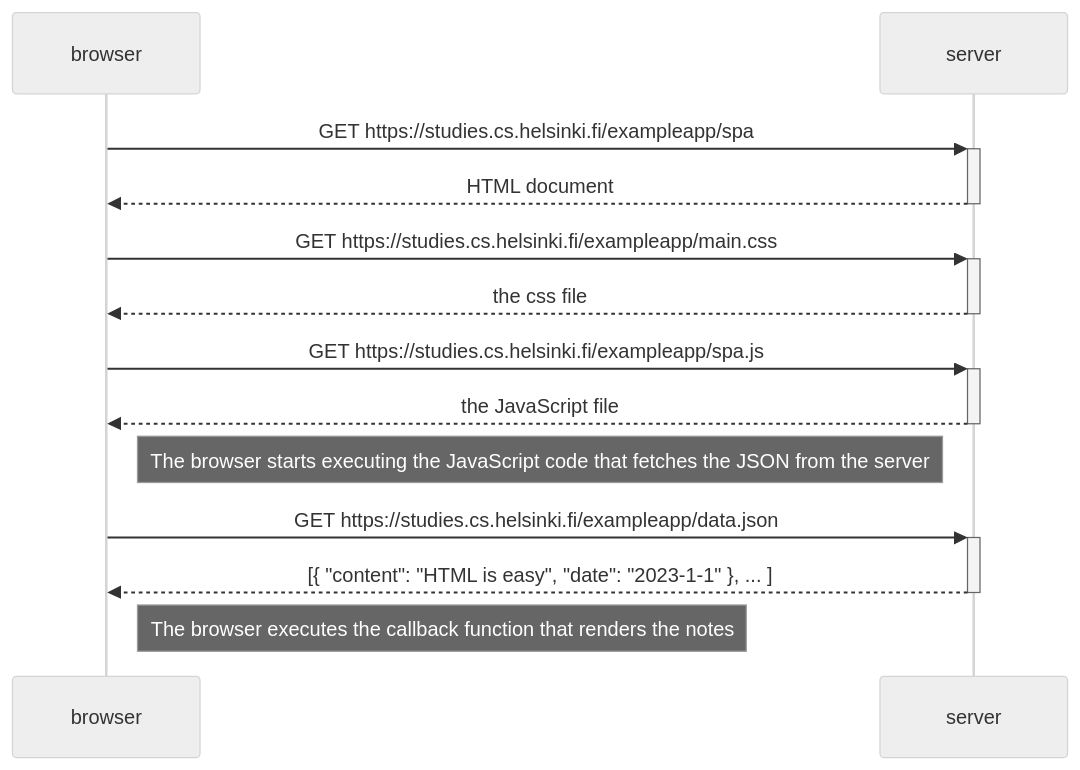
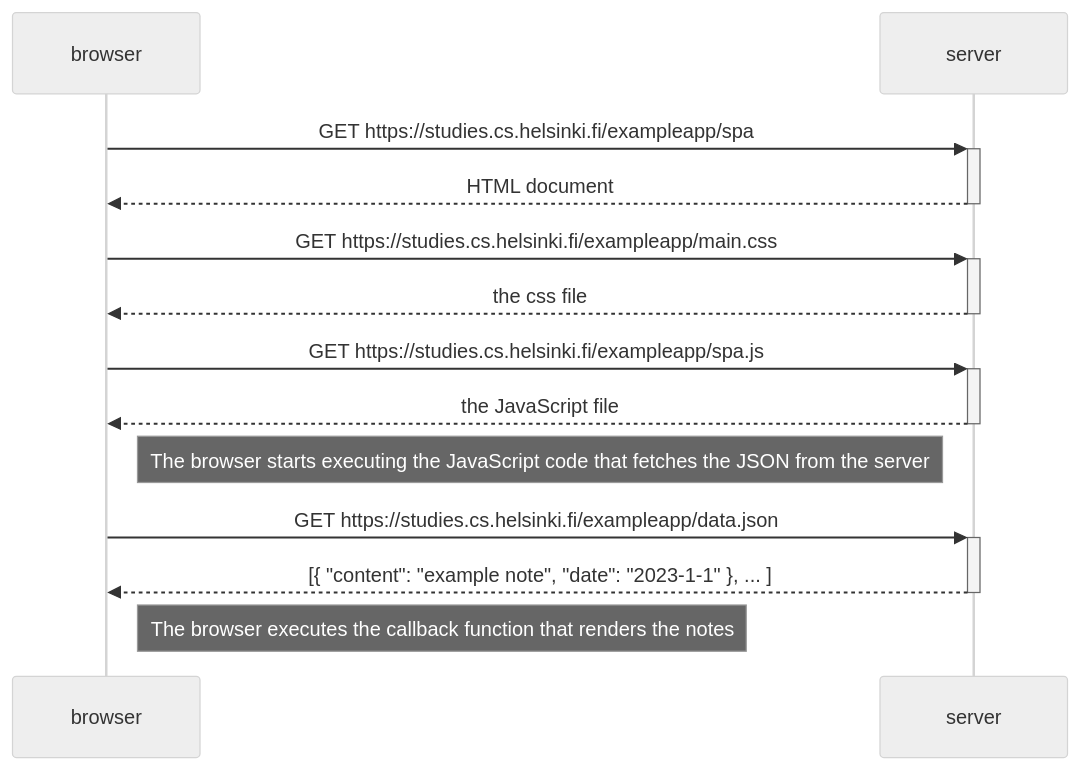
Before and after one commit to vapppu/Fullstackopen: the diagram in Luku 0/0.5-Single-page-app-diagram.md, drawn with Mermaid (neutral theme). The commit also changed 1 other file, not shown here.

Commit message:
Change example json data to both 0.4 and 0.5 files

````diff
--- a/Luku 0/0.5-Single-page-app-diagram.md
+++ b/Luku 0/0.5-Single-page-app-diagram.md
@@ -1,25 +1,25 @@
 ```mermaid
 sequenceDiagram
 participant browser
 participant server
 
     browser->>+server: GET https://studies.cs.helsinki.fi/exampleapp/spa
 
     server-->>-browser: HTML document
 
     browser->>+server: GET https://studies.cs.helsinki.fi/exampleapp/main.css
 
     server-->>-browser: the css file
 
     browser->>+server: GET https://studies.cs.helsinki.fi/exampleapp/spa.js
 
     server-->>-browser: the JavaScript file
 
     Note right of browser: The browser starts executing the JavaScript code that fetches the JSON from the server
 
     browser->>+server: GET https://studies.cs.helsinki.fi/exampleapp/data.json
 
-    server-->>-browser: [{ "content": "HTML is easy", "date": "2023-1-1" }, ... ]
+    server-->>-browser: [{ "content": "example note", "date": "2023-1-1" }, ... ]
 
     Note right of browser: The browser executes the callback function that renders the notes
 ```
````
